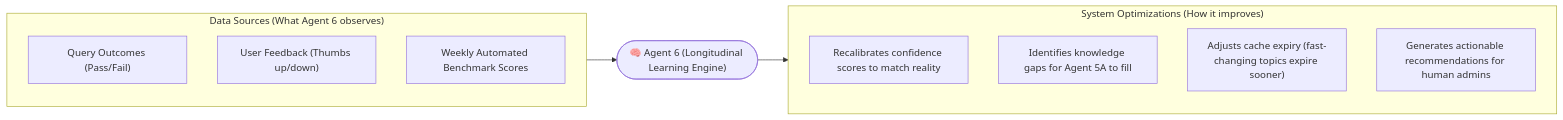
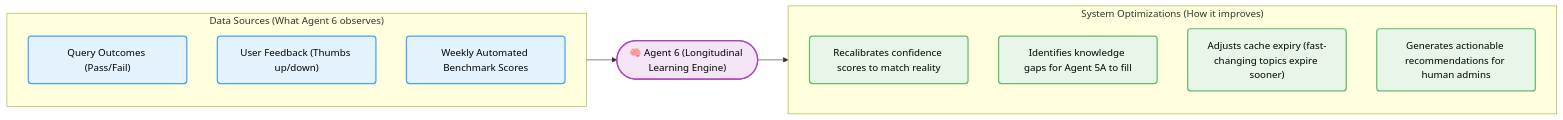
Before and after one commit to pavan939111/SelfLearning_Rag: the fourth of 4 diagrams in README.md, drawn with Mermaid. The commit also changed other lines of this file, not shown here.

Commit message:
docs: redesign architecture diagrams with professional color grading and optimize README layout

````diff
--- a/README.md
+++ b/README.md
@@ -187,20 +150,24 @@
 ```mermaid
 flowchart LR
+    classDef data fill:#e3f2fd,stroke:#42a5f5,stroke-width:2px,color:#000,rx:5px
+    classDef engine fill:#f3e5f5,stroke:#ab47bc,stroke-width:2px,color:#000,rx:10px
+    classDef optimization fill:#e8f5e9,stroke:#66bb6a,stroke-width:2px,color:#000,rx:5px
+
     subgraph INPUTS ["Data Sources (What Agent 6 observes)"]
-        I1["Query Outcomes (Pass/Fail)"]
-        I2["User Feedback (Thumbs up/down)"]
-        I3["Weekly Automated Benchmark Scores"]
+        I1["Query Outcomes (Pass/Fail)"]:::data
+        I2["User Feedback (Thumbs up/down)"]:::data
+        I3["Weekly Automated Benchmark Scores"]:::data
     end
 
-    A6(["🧠 Agent 6 (Longitudinal Learning Engine)"])
+    A6(["🧠 Agent 6 (Longitudinal Learning Engine)"]):::engine
 
     subgraph OUTPUTS ["System Optimizations (How it improves)"]
-        O1["Recalibrates confidence scores to match reality"]
-        O2["Identifies knowledge gaps for Agent 5A to fill"]
-        O3["Adjusts cache expiry (fast-changing topics expire sooner)"]
-        O4["Generates actionable recommendations for human admins"]
+        O1["Recalibrates confidence scores to match reality"]:::optimization
+        O2["Identifies knowledge gaps for Agent 5A to fill"]:::optimization
+        O3["Adjusts cache expiry (fast-changing topics expire sooner)"]:::optimization
+        O4["Generates actionable recommendations for human admins"]:::optimization
     end
 
     INPUTS --> A6
     A6 --> OUTPUTS
 ```
````
